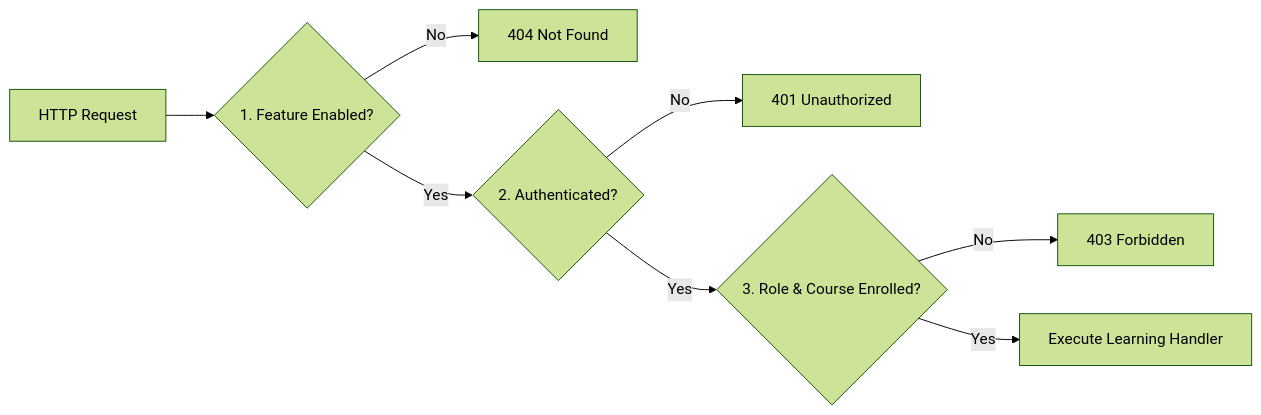
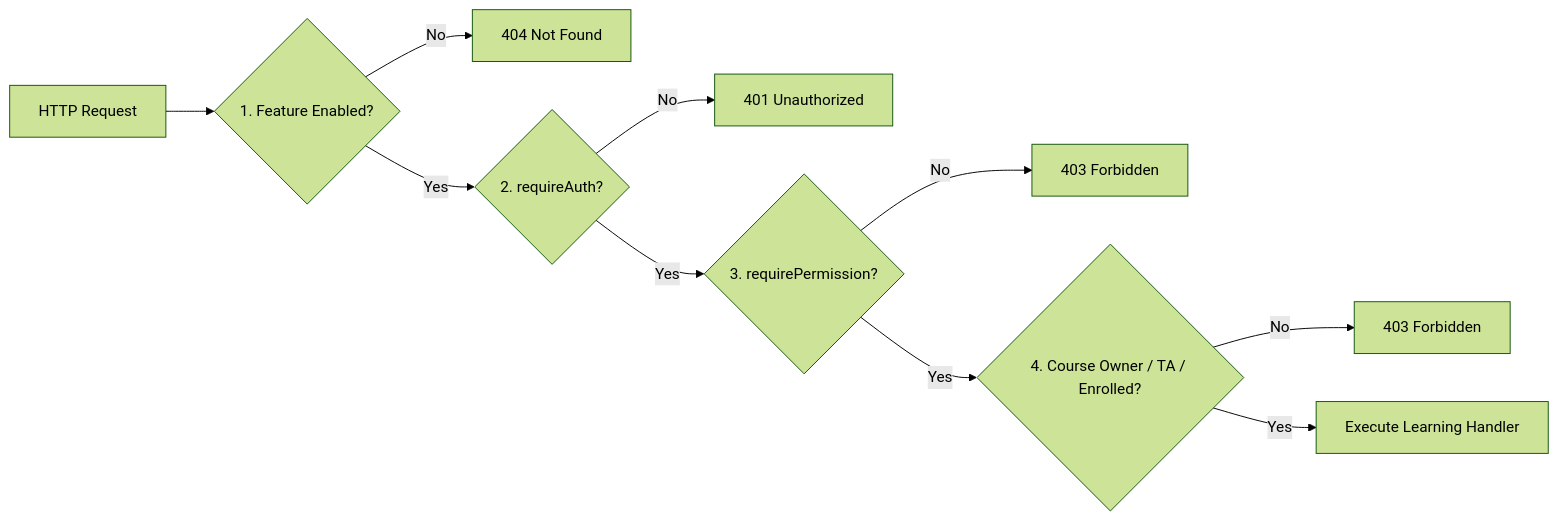
One commit to Aarathi1535/assignment_evaluation-IIIT-Hyd changed the eighth of 9 diagrams in docs/learning-module.md. Above: the diagram before and after it, drawn with Mermaid (forest theme). The commit also changed other lines of this file and 2 other files, not shown here.

Commit message:
docs(learning): align design note with review

````diff
--- a/docs/learning-module.md
+++ b/docs/learning-module.md
@@ -651,10 +754,12 @@
 ```mermaid
 flowchart LR
     REQ[HTTP Request] --> FG{1. Feature Enabled?}
     FG -->|No| E404[404 Not Found]
-    FG -->|Yes| AUTH{2. Authenticated?}
+    FG -->|Yes| AUTH{2. requireAuth?}
     AUTH -->|No| E401[401 Unauthorized]
-    AUTH -->|Yes| RBAC{3. Role & Course Enrolled?}
-    RBAC -->|No| E403[403 Forbidden]
-    RBAC -->|Yes| HANDLER[Execute Learning Handler]
+    AUTH -->|Yes| PERM{3. requirePermission?}
+    PERM -->|No| E403[403 Forbidden]
+    PERM -->|Yes| OWNER{4. Course Owner / TA / Enrolled?}
+    OWNER -->|No| E403_2[403 Forbidden]
+    OWNER -->|Yes| HANDLER[Execute Learning Handler]
 ```
````
